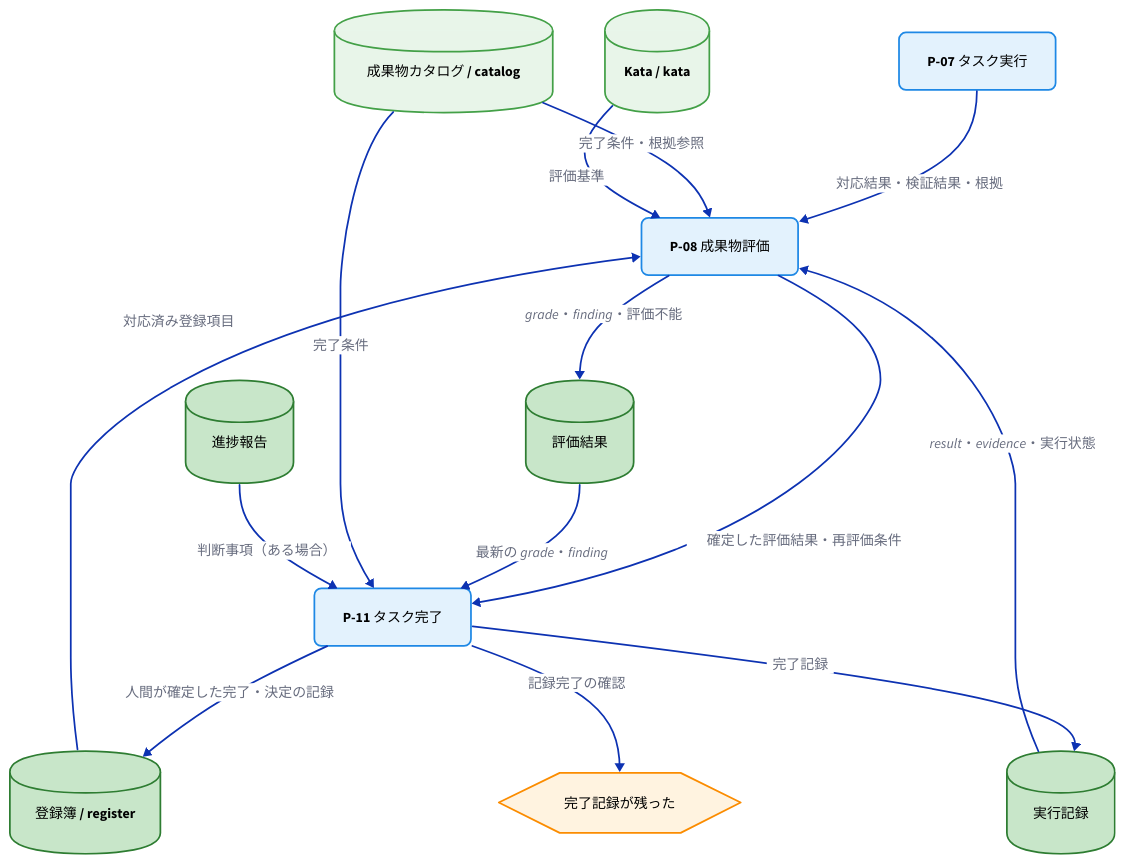
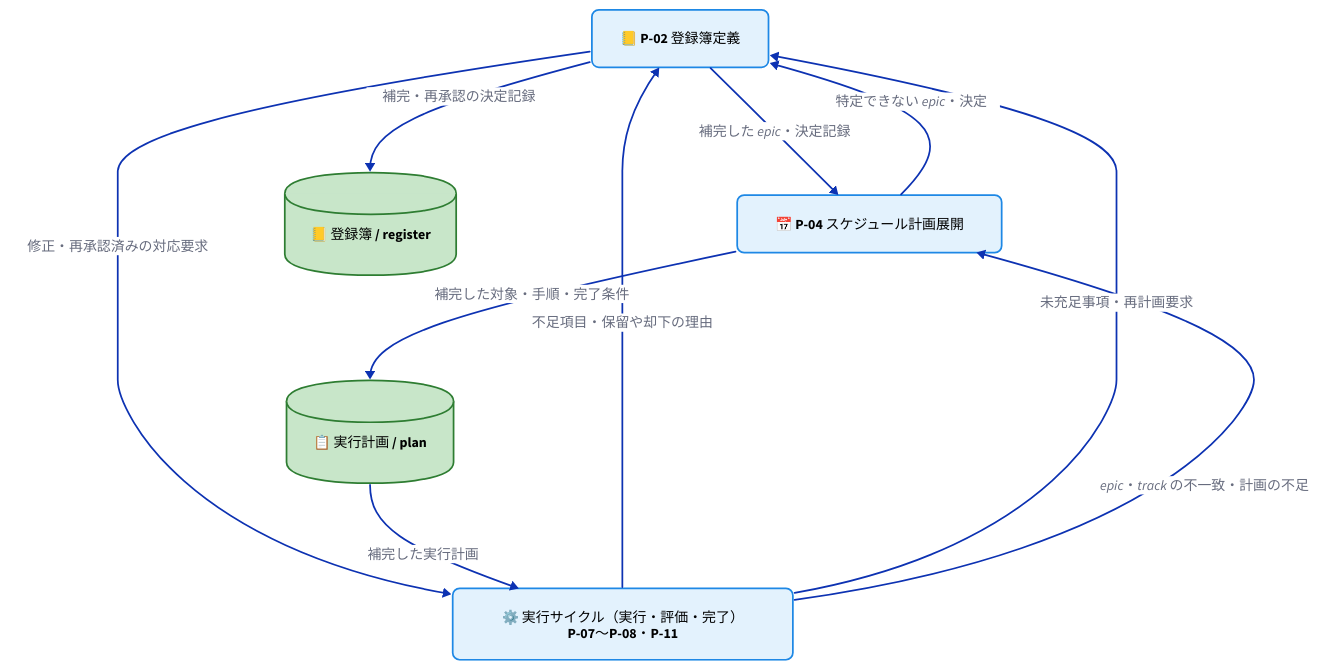
Before and after one commit to specdojo/specdojo: the third of 4 diagrams in docs/ja/product/010-business-specs/010-data-flow/cdfd-uc-register.md, drawn with D2. The commit also changed other lines of this file and 4 other files, not shown here.

Commit message:
exec(T-DATA-FLOW-UC-REWRITE-cdfd-uc-register-020): apply task changes

````diff
--- a/docs/ja/product/010-business-specs/010-data-flow/cdfd-uc-register.md
+++ b/docs/ja/product/010-business-specs/010-data-flow/cdfd-uc-register.md
@@ -154,65 +196,55 @@
 ```d2
 direction: down
 
 classes: {
   process: {
     shape: rectangle
     style: {
       border-radius: 8
       fill: "#e3f2fd"
       stroke: "#1e88e5"
       font-color: "#000000"
     }
   }
   event: {
     shape: hexagon
     style: {
       fill: "#fff3e0"
       stroke: "#fb8c00"
       font-color: "#000000"
     }
   }
   store_master: {
     shape: cylinder
     style: {
       fill: "#e8f5e9"
       stroke: "#43a047"
       font-color: "#000000"
     }
   }
   store_transaction: {
     shape: cylinder
     style: {
       fill: "#c8e6c9"
       stroke: "#2e7d32"
       font-color: "#000000"
     }
   }
 }
 
-execute: "P-07 タスク実行" { class: process }
-evaluate: "P-08 成果物評価" { class: process }
-complete: "P-11 タスク完了" { class: process }
+register_def: "📒 P-02 登録簿定義" { class: process }
+plan: "📅 P-04 スケジュール計画展開" { class: process }
+exec_cycle: "⚙️ 実行サイクル（実行・評価・完了）\nP-07〜P-08・P-11" { class: process }
+register: "📒 登録簿 / register" { class: store_transaction }
+exec_plan: "📋 実行計画 / plan" { class: store_transaction }
 
-finish: "完了記録が残った" { class: event }
-kata: "Kata / kata" { class: store_master }
-catalog: "成果物カタログ / catalog" { class: store_master }
-register: "登録簿 / register" { class: store_transaction }
-exec_log: "実行記録" { class: store_transaction }
-grade: "評価結果" { class: store_transaction }
-progress: "進捗報告" { class: store_transaction }
-
-execute -> evaluate: "対応結果・検証結果・根拠"
-register -> evaluate: "対応済み登録項目"
-exec_log -> evaluate: "result・evidence・実行状態"
-evaluate <- catalog: "完了条件・根拠参照"
-evaluate <- kata: "評価基準"
-evaluate -> grade: "grade・finding・評価不能"
-evaluate -> complete: "確定した評価結果・再評価条件"
-grade -> complete: "最新の grade・finding"
-complete <- catalog: "完了条件"
-complete <- progress: "判断事項（ある場合）"
-register <- complete: "人間が確定した完了・決定の記録"
-exec_log <- complete: "完了記録"
-complete -> finish: "記録完了の確認"
+register_def <- plan: "特定できない epic・決定"
+register_def -> plan: "補完した epic・決定記録"
+register_def <- exec_cycle: "不足項目・保留や却下の理由"
+register_def <- exec_cycle: "未充足事項・再計画要求"
+plan <- exec_cycle: "epic・track の不一致・計画の不足"
+register_def -> register: "補完・再承認の決定記録"
+register_def -> exec_cycle: "修正・再承認済みの対応要求"
+plan -> exec_plan: "補完した対象・手順・完了条件"
+exec_plan -> exec_cycle: "補完した実行計画"
 ```
````
